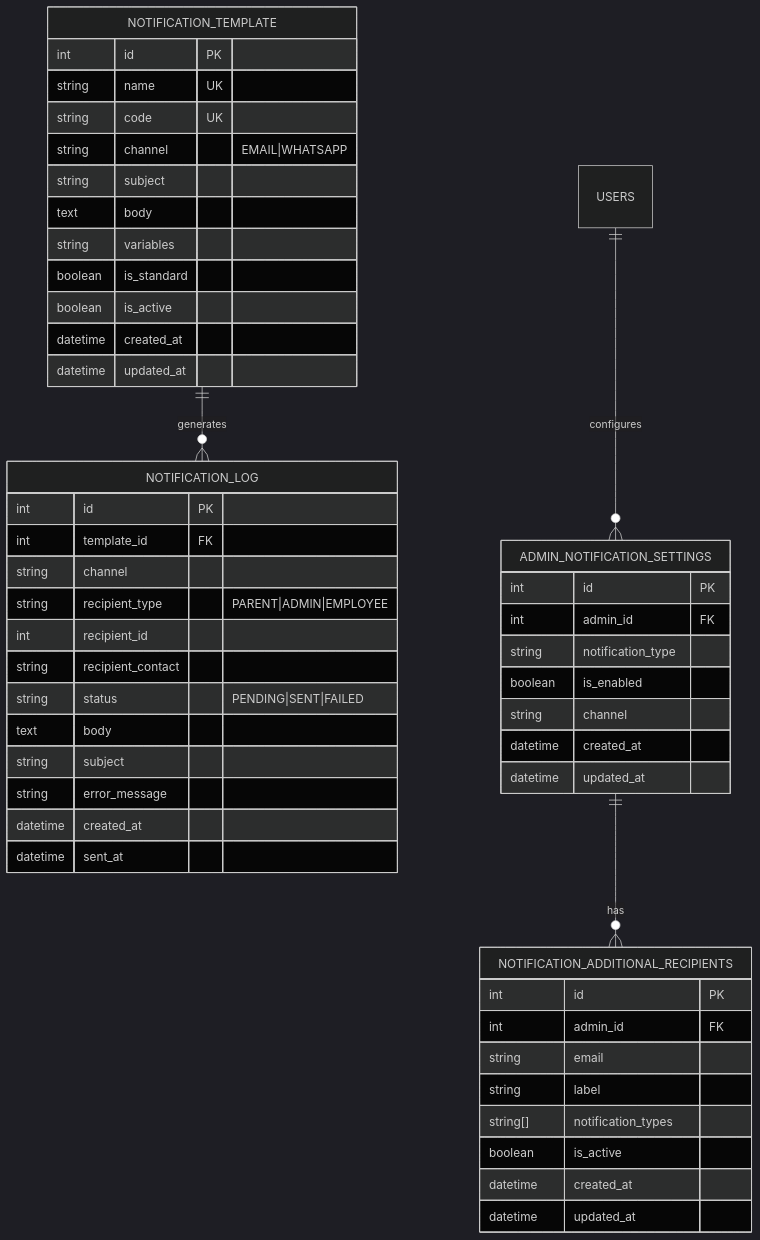
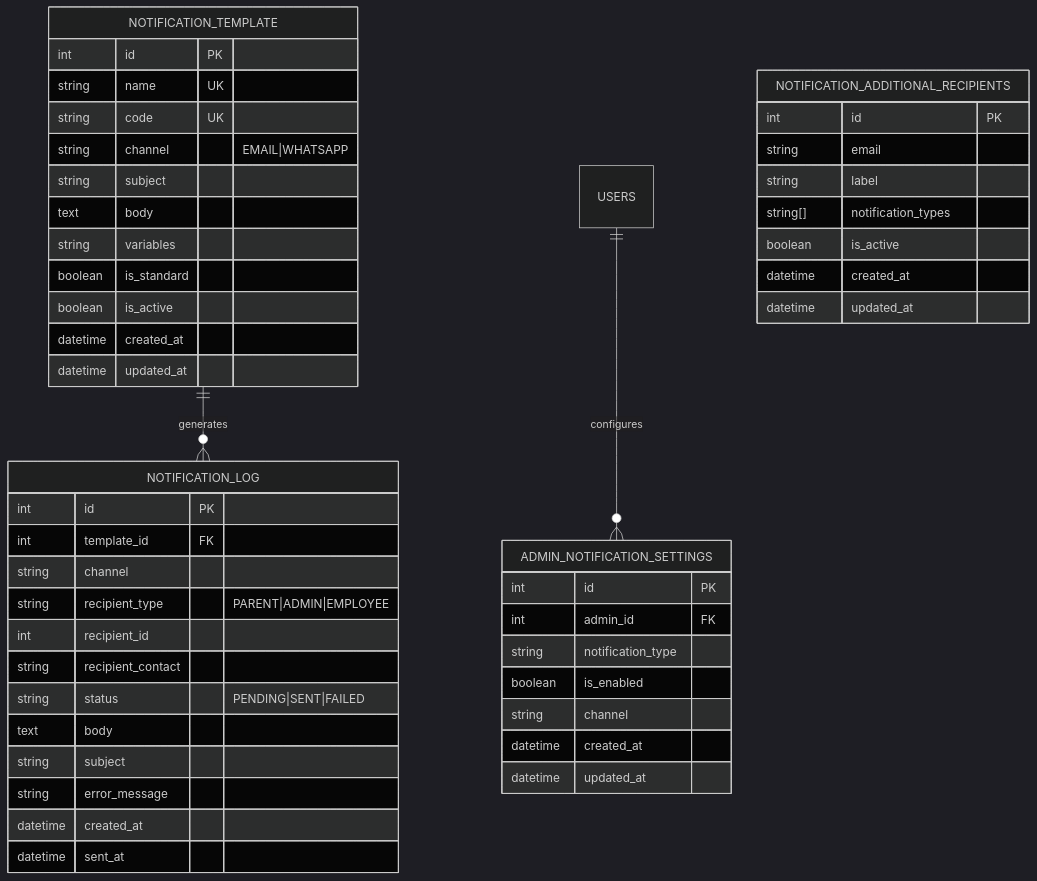
One commit to ibrhmahmd/techno-terminal changed the second of 8 diagrams in docs/notification-architecture.md. Above: the diagram before and after it, drawn with Mermaid (dark theme). The commit also changed other lines of this file, not shown here.

Commit message:
docs: update notification architecture documentation

````diff
--- a/docs/notification-architecture.md
+++ b/docs/notification-architecture.md
@@ -90,57 +91,54 @@
 ```mermaid
 erDiagram
     NOTIFICATION_TEMPLATE ||--o{ NOTIFICATION_LOG : generates
     NOTIFICATION_TEMPLATE {
         int id PK
         string name UK
         string code UK
         string channel "EMAIL|WHATSAPP"
         string subject
         text body
         string variables
         boolean is_standard
         boolean is_active
         datetime created_at
         datetime updated_at
     }
     
     NOTIFICATION_LOG {
         int id PK
         int template_id FK
         string channel
         string recipient_type "PARENT|ADMIN|EMPLOYEE"
         int recipient_id
         string recipient_contact
         string status "PENDING|SENT|FAILED"
         text body
         string subject
         string error_message
         datetime created_at
         datetime sent_at
     }
     
     ADMIN_NOTIFICATION_SETTINGS {
         int id PK
         int admin_id FK
         string notification_type
         boolean is_enabled
         string channel
         datetime created_at
         datetime updated_at
     }
     
     USERS ||--o{ ADMIN_NOTIFICATION_SETTINGS : configures
     
     NOTIFICATION_ADDITIONAL_RECIPIENTS {
         int id PK
-        int admin_id FK
         string email
         string label
         string[] notification_types
         boolean is_active
         datetime created_at
         datetime updated_at
     }
-    
-    ADMIN_NOTIFICATION_SETTINGS ||--o{ NOTIFICATION_ADDITIONAL_RECIPIENTS : has
 ```
````
